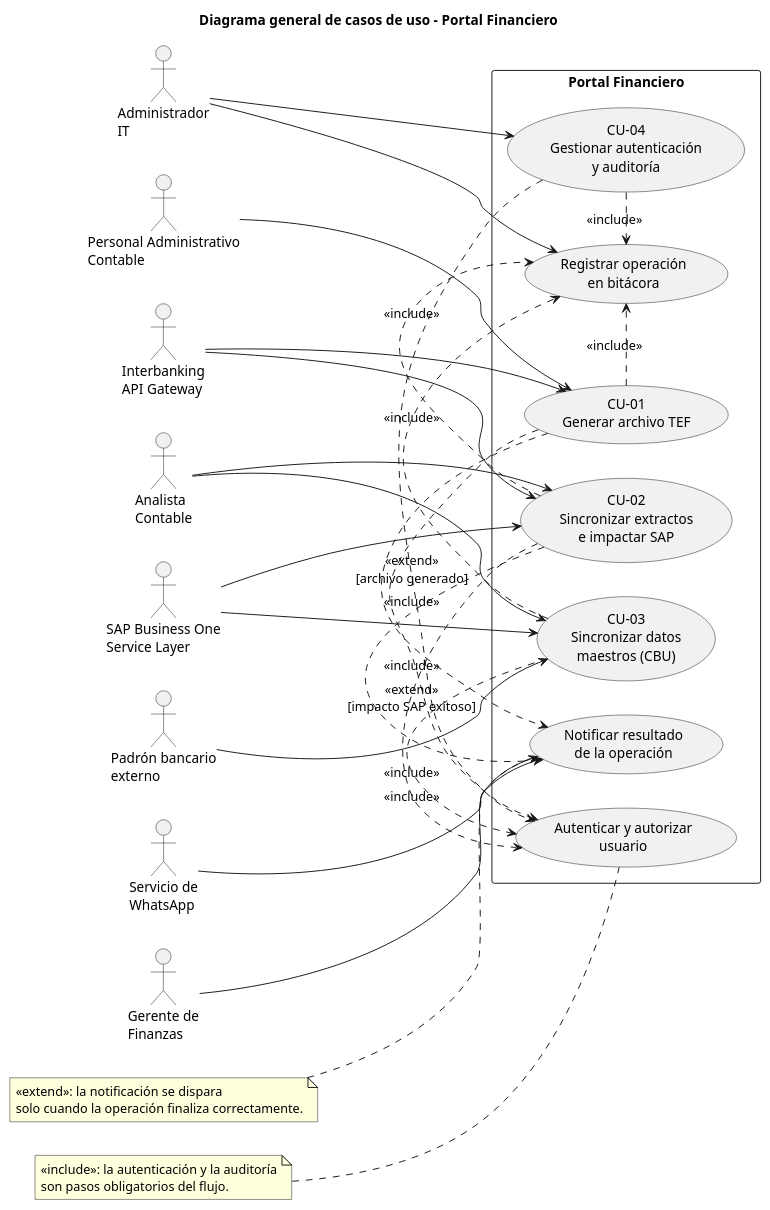
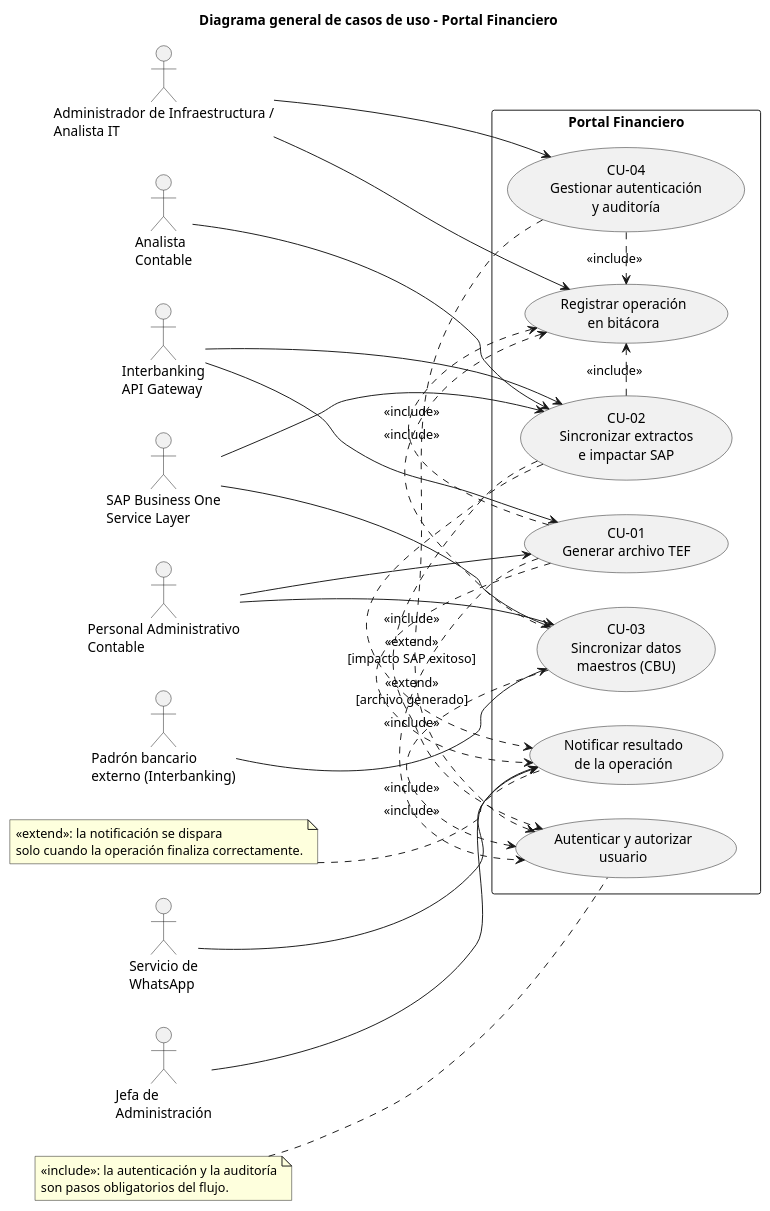
One commit to LucianoGBenitez/portal-financiero changed the diagram in diagramas/casos-de-uso.puml. Above: the diagram before and after it, drawn with PlantUML. The commit also changed 4 other files, not shown here.

Commit message:
fix(stakeholders): incorporación de Servicio de WhatsApp y Padrón bancario externo (Interbanking); fix(casos-de-uso): actualizacion de nombres; fix(historias-de-usuario & requisitos): roles actualizados)

```diff
--- a/diagramas/casos-de-uso.puml
+++ b/diagramas/casos-de-uso.puml
@@ -1,62 +1,62 @@
 @startuml
 title Diagrama general de casos de uso - Portal Financiero
 
 left to right direction
 skinparam packageStyle rectangle
 
 ' --- Actores ---
 actor "Personal Administrativo\nContable" as Administrativo
 actor "Analista\nContable" as Analista
-actor "Administrador\nIT" as AdminIT
+actor "Administrador de Infraestructura /\nAnalista IT" as AdminIT
 actor "Interbanking\nAPI Gateway" as Interbanking
 actor "SAP Business One\nService Layer" as SAP
-actor "Padrón bancario\nexterno" as Padron
+actor "Padrón bancario\nexterno (Interbanking)" as Padron
 actor "Servicio de\nWhatsApp" as WhatsApp
-actor "Gerente de\nFinanzas" as Gerente
+actor "Jefa de\nAdministración" as JefaAdmin
 
 ' --- Sistema ---
 rectangle "Portal Financiero" {
   usecase "CU-01\nGenerar archivo TEF" as CU01
   usecase "CU-02\nSincronizar extractos\ne impactar SAP" as CU02
   usecase "CU-03\nSincronizar datos\nmaestros (CBU)" as CU03
   usecase "CU-04\nGestionar autenticación\ny auditoría" as CU04
 
   usecase "Autenticar y autorizar\nusuario" as Auth
   usecase "Registrar operación\nen bitácora" as Audit
   usecase "Notificar resultado\nde la operación" as Notify
 }
 
 ' --- Relaciones actor-caso de uso ---
 Administrativo --> CU01
+Administrativo --> CU03
 Analista --> CU02
-Analista --> CU03
 AdminIT --> CU04
 AdminIT --> Audit
 Interbanking --> CU01
 Interbanking --> CU02
 SAP --> CU02
 SAP --> CU03
 Padron --> CU03
 WhatsApp --> Notify
-Gerente --> Notify
+JefaAdmin --> Notify
 
 ' --- Relaciones obligatorias ---
 CU01 .> Auth : <<include>>
 CU02 .> Auth : <<include>>
 CU03 .> Auth : <<include>>
 CU04 .> Auth : <<include>>
 CU01 .> Audit : <<include>>
 CU02 .> Audit : <<include>>
 CU03 .> Audit : <<include>>
   CU04 .> Audit : <<include>>
 
 ' --- Extensiones condicionales ---
 CU01 .> Notify : <<extend>>\n[archivo generado]
 CU02 .> Notify : <<extend>>\n[impacto SAP exitoso]
 
 note "<<include>>: la autenticación y la auditoría\nson pasos obligatorios del flujo." as NInclude
 note "<<extend>>: la notificación se dispara\nsolo cuando la operación finaliza correctamente." as NExtend
 NInclude .. Auth
 NExtend .. Notify
 
 @enduml
```
